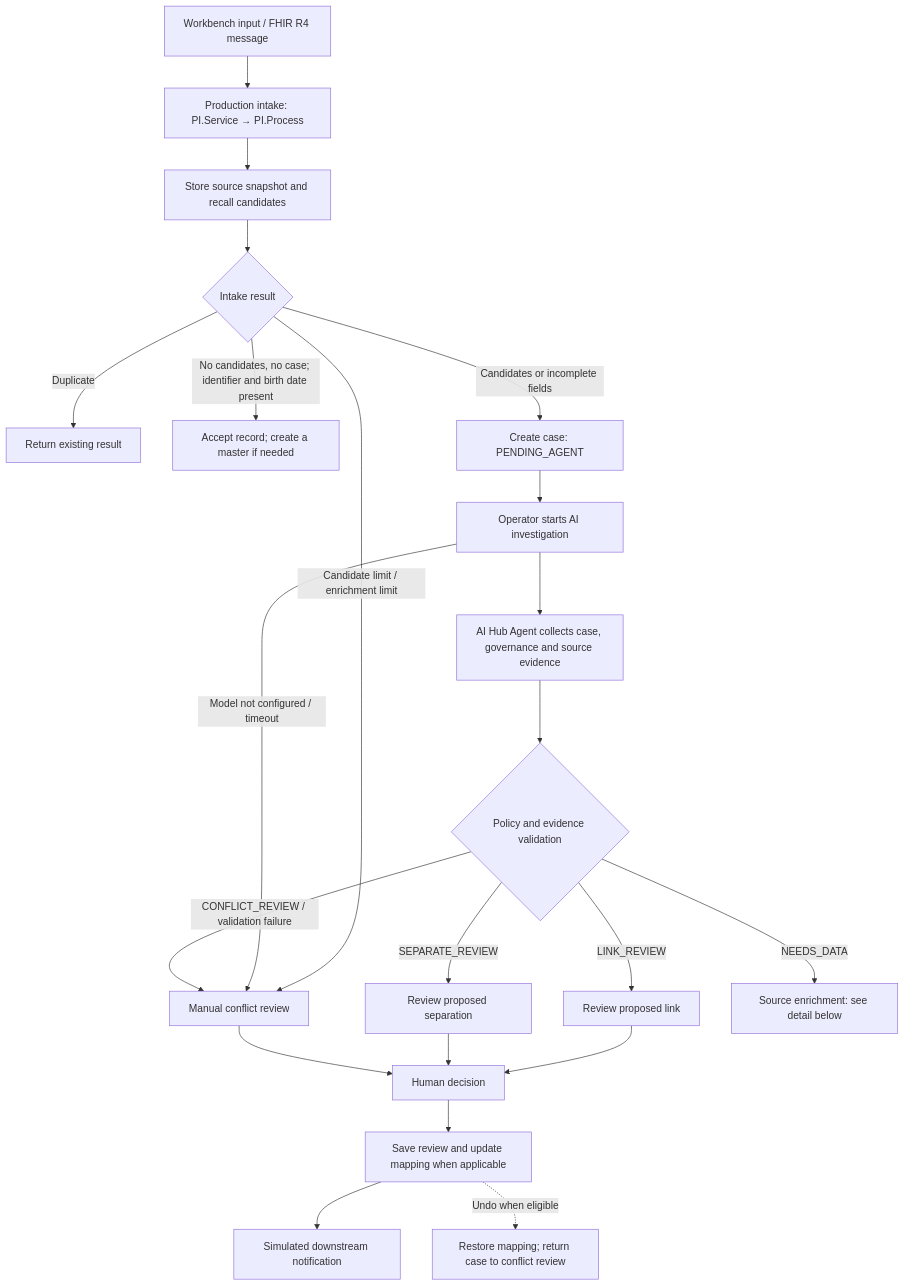
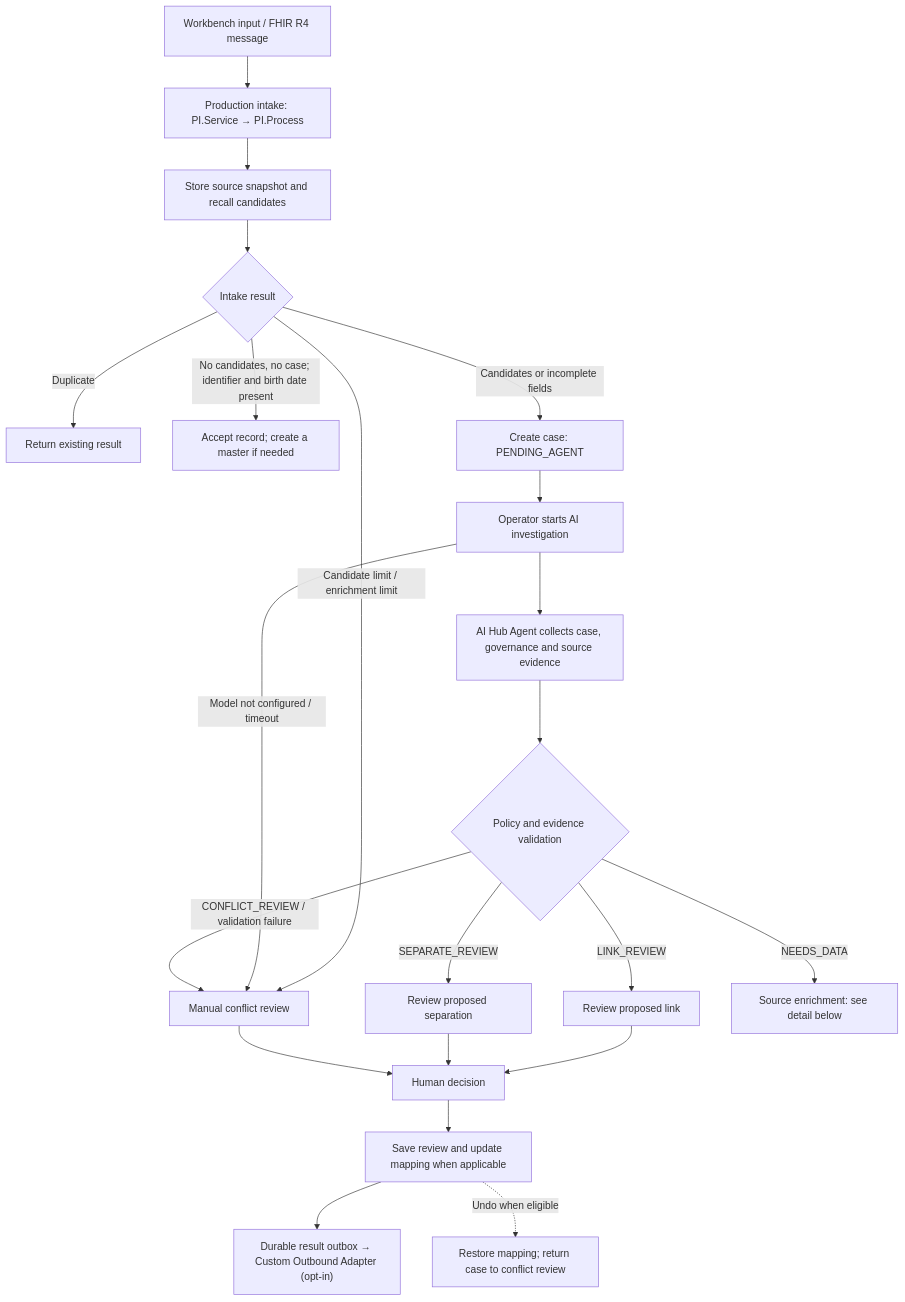
One commit to boanerges1227/pi-review changed the first of 3 diagrams in README.md. Above: the diagram before and after it, drawn with Mermaid. The commit also changed other lines of this file and 16 other files, not shown here.

Commit message:
feat: deliver review results through custom outbound adapter

````diff
--- a/README.md
+++ b/README.md
@@ -60,24 +60,24 @@
 ```mermaid
 flowchart TD
     A["Workbench input / FHIR R4 message"] --> B["Production intake: PI.Service → PI.Process"]
     B --> C["Store source snapshot and recall candidates"]
     C --> D{"Intake result"}
     D -- "Duplicate" --> E["Return existing result"]
     D -- "No candidates, no case; identifier and birth date present" --> F["Accept record; create a master if needed"]
     D -- "Candidates or incomplete fields" --> G["Create case: PENDING_AGENT"]
     D -- "Candidate limit / enrichment limit" --> R["Manual conflict review"]
     G --> H["Operator starts AI investigation"]
     H -- "Model not configured / timeout" --> R
     H --> I["AI Hub Agent collects case, governance and source evidence"]
     I --> K{"Policy and evidence validation"}
     K -- "LINK_REVIEW" --> L["Review proposed link"]
     K -- "SEPARATE_REVIEW" --> M["Review proposed separation"]
     K -- "NEEDS_DATA" --> N["Source enrichment: see detail below"]
     K -- "CONFLICT_REVIEW / validation failure" --> R
     L --> S["Human decision"]
     M --> S
     R --> S
     S --> T["Save review and update mapping when applicable"]
-    T --> U["Simulated downstream notification"]
+    T --> U["Durable result outbox → Custom Outbound Adapter (opt-in)"]
     T -. "Undo when eligible" .-> V["Restore mapping; return case to conflict review"]
 ```
````
